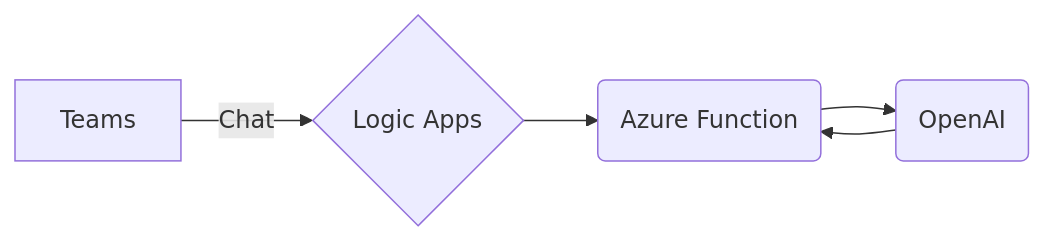
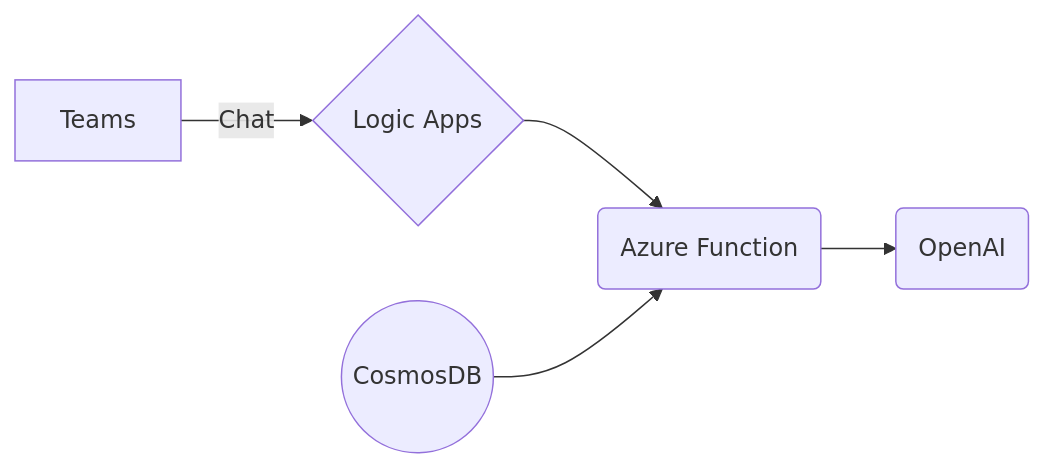
Before and after one commit to nagendramishr/mini-rag-quickstart: the first of 3 diagrams in README.md, drawn with Mermaid.

````diff
--- a/README.md
+++ b/README.md
@@ -27,7 +27,7 @@
 ```mermaid
 graph LR
 A[Teams] -- Chat --> B{Logic Apps}
 B --> C(Azure Function)
 D((CosmosDB)) --> C
-C --> D(OpenAI)
+C --> E(OpenAI)
 ```
````
